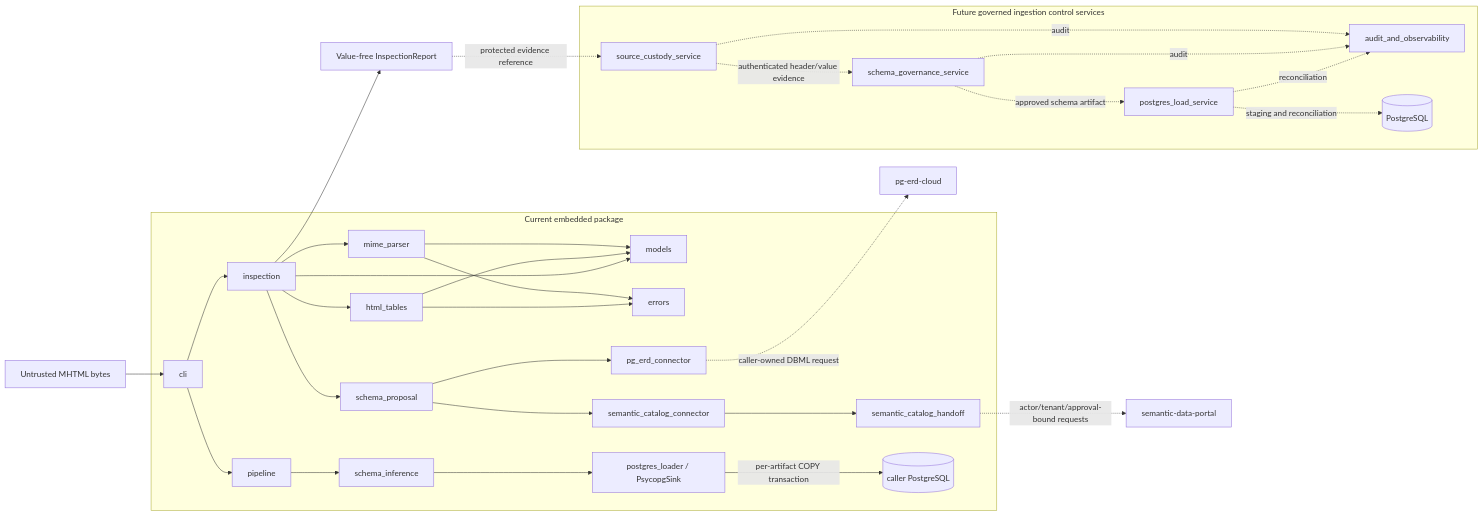
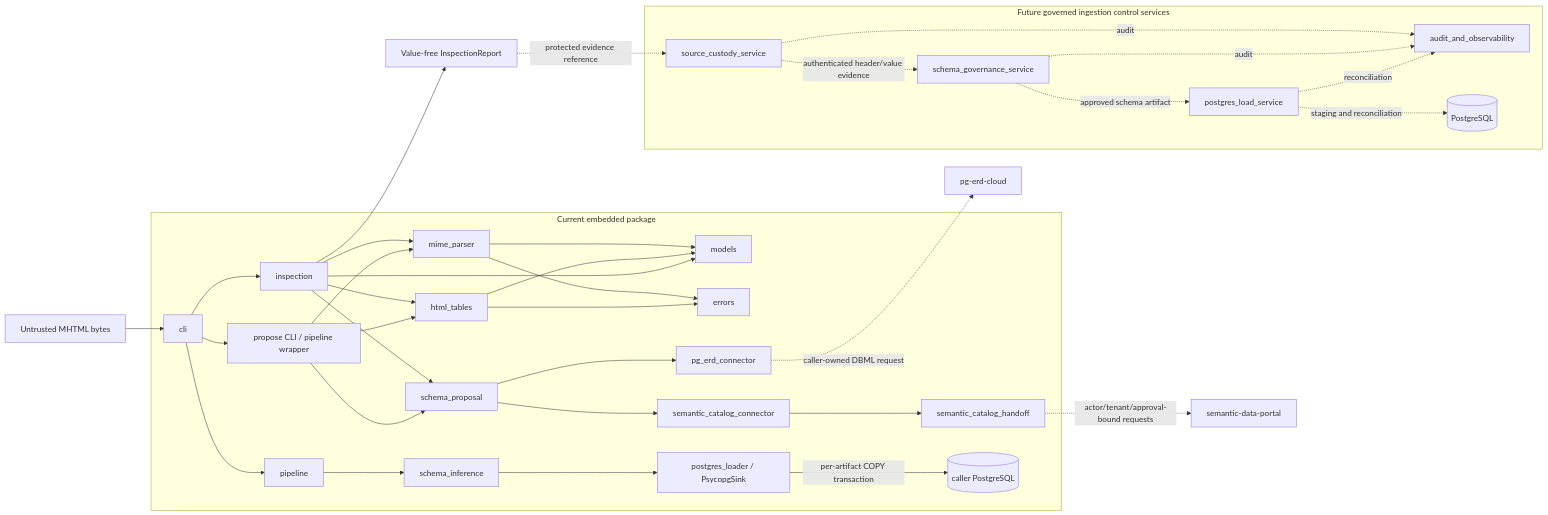
Before and after one commit to ContextualWisdomLab/mhtml-etl-gateway: the first of 6 diagrams in docs/UML.md, drawn with Mermaid. The commit also changed other lines of this file and 23 other files, not shown here.

First line of the commit message:
feat: expose bounded schema proposal workflow

````diff
--- a/docs/UML.md
+++ b/docs/UML.md
@@ -12,56 +13,61 @@
 ```mermaid
 flowchart LR
     subgraph current[Current embedded package]
         CLI[cli]
         MOD[models]
         ERR[errors]
         MIME[mime_parser]
         HTML[html_tables]
         INS[inspection]
         CLI --> INS
         INS --> MIME
         INS --> HTML
         MIME --> MOD
         HTML --> MOD
         MIME --> ERR
         HTML --> ERR
     INS --> MOD
         PROPOSAL[schema_proposal]
+        PROPOSE[propose CLI / pipeline wrapper]
         CATALOG[semantic_catalog_connector]
         HANDOFF[semantic_catalog_handoff]
         PG_ERD[pg_erd_connector]
         PIPE[pipeline]
         CURRENT_SCHEMA[schema_inference]
         LOADER[postgres_loader / PsycopgSink]
         TARGET[(caller PostgreSQL)]
         INS --> PROPOSAL
+        CLI --> PROPOSE
+        PROPOSE --> PROPOSAL
+        PROPOSE --> MIME
+        PROPOSE --> HTML
         PROPOSAL --> CATALOG
         CATALOG --> HANDOFF
         PROPOSAL --> PG_ERD
         CLI --> PIPE
         PIPE --> CURRENT_SCHEMA
         CURRENT_SCHEMA --> LOADER
         LOADER -->|per-artifact COPY transaction| TARGET
     end
 
     SRC[Untrusted MHTML bytes] --> CLI
     INS --> REPORT[Value-free InspectionReport]
 
     subgraph future[Future governed ingestion control services]
         CUST[source_custody_service]
         FUTURE_SCHEMA[schema_governance_service]
         LOAD[postgres_load_service]
         AUDIT[audit_and_observability]
         STORE[(PostgreSQL)]
     end
 
     REPORT -. protected evidence reference .-> CUST
     HANDOFF -. actor/tenant/approval-bound requests .-> PORTAL[semantic-data-portal]
     PG_ERD -. caller-owned DBML request .-> PG_ERD_CLOUD[pg-erd-cloud]
     CUST -. authenticated header/value evidence .-> FUTURE_SCHEMA
     FUTURE_SCHEMA -. approved schema artifact .-> LOAD
     LOAD -. staging and reconciliation .-> STORE
     CUST -. audit .-> AUDIT
     FUTURE_SCHEMA -. audit .-> AUDIT
     LOAD -. reconciliation .-> AUDIT
 ```
````
